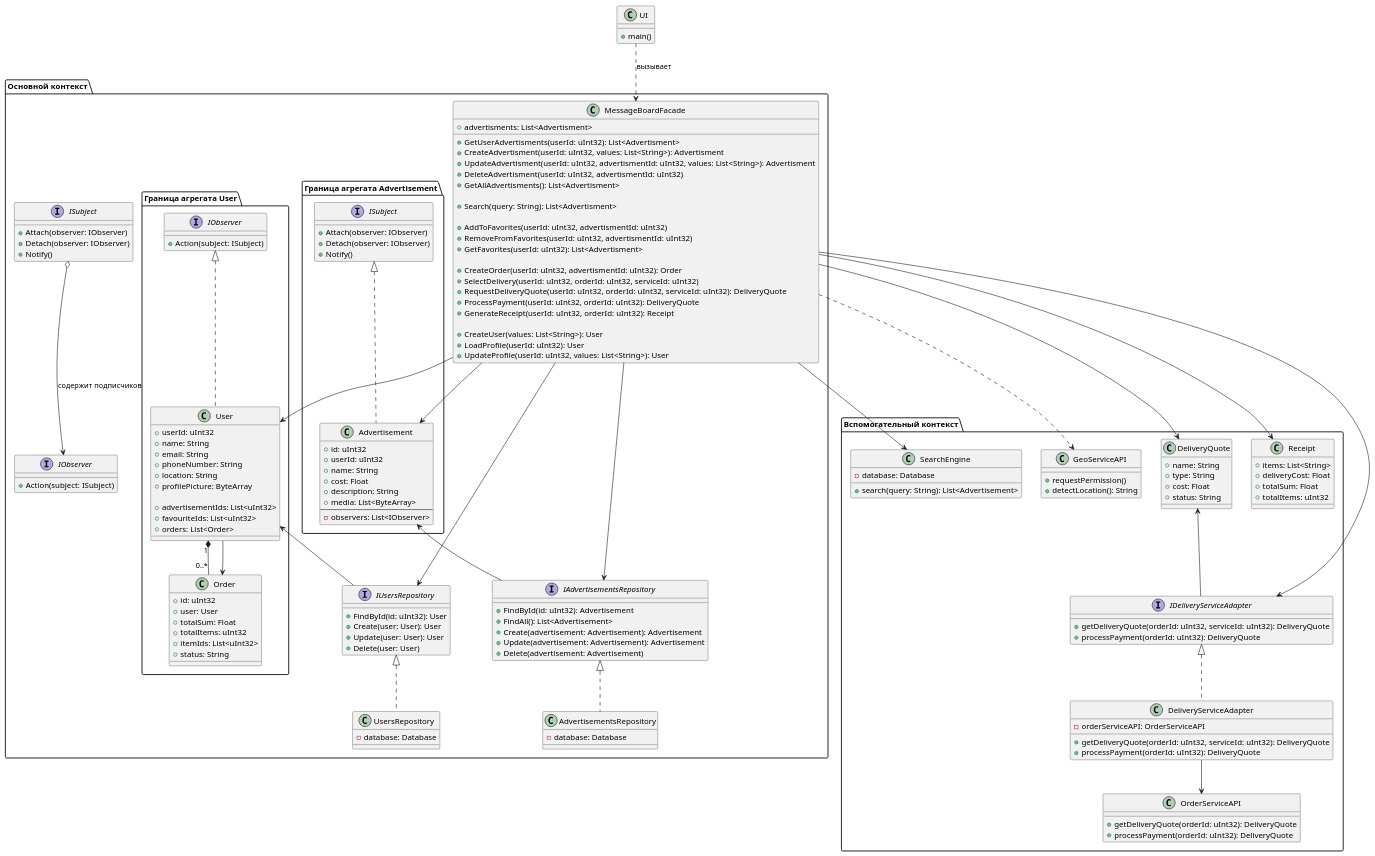
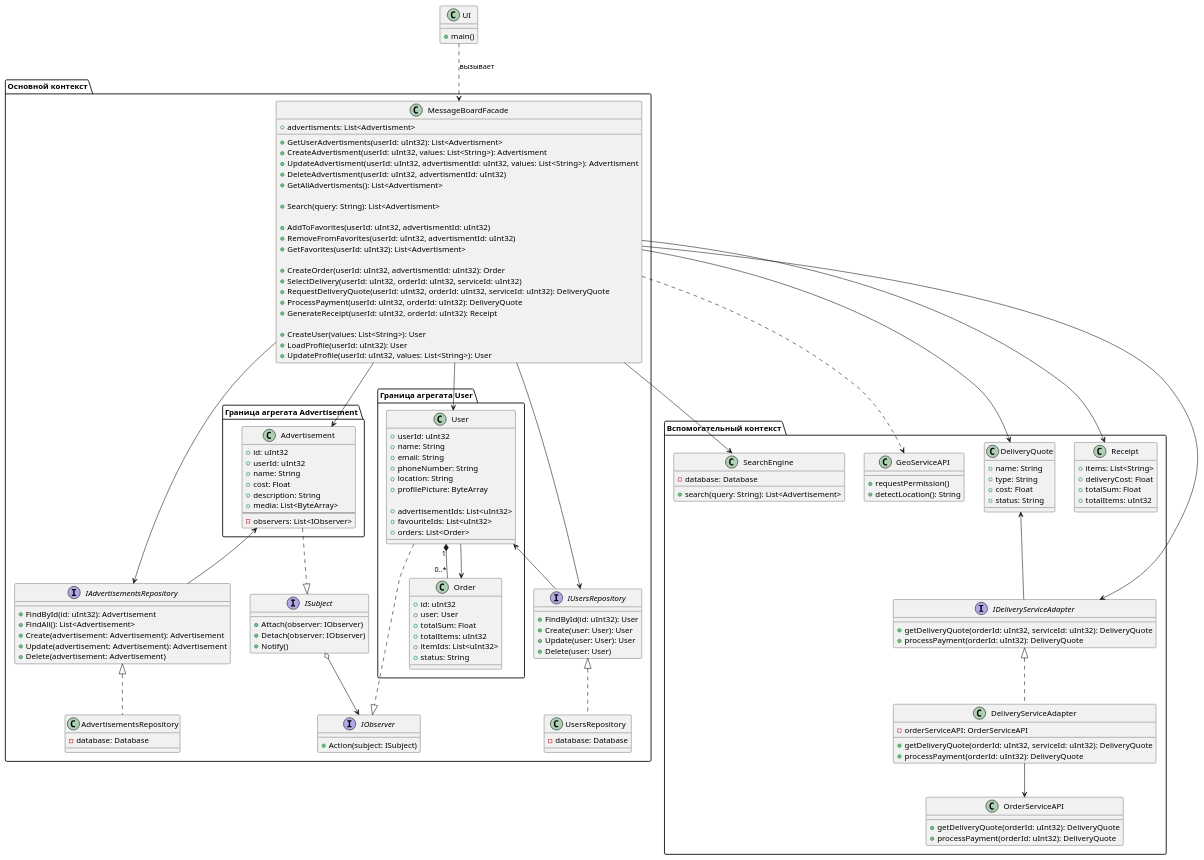
The diagram in Диаграмма предментой области (диаграмма классов).md (penamarth/bsbo-02-23_team3_var13_messboard), drawn with PlantUML before and after one commit. The commit also changed 5 other files, not shown here.

```diff
--- a/Диаграмма предментой области (диаграмма классов).md
+++ b/Диаграмма предментой области (диаграмма классов).md
@@ -16,7 +16,7 @@
   + Notify()
 }
 
-ISubject o--> IObserver : "содержит подписчиков"
+ISubject o--> IObserver
 
 class MessageBoardFacade {
   + advertisments: List<Advertisment>
@@ -70,7 +70,7 @@
 
 package "Граница агрегата Advertisement" {
 
-  class Advertisement implements ISubject {
+  class Advertisement {
     + id: uInt32
     + userId: uInt32
     + name: String
@@ -80,17 +80,10 @@
     --
     - observers: List<IObserver>
   }
-
-  interface ISubject {
-  + Attach(observer: IObserver)
-  + Detach(observer: IObserver)
-  + Notify()
-}
-
 }
 
 package "Граница агрегата User" {
-  class User implements IObserver {
+  class User {
     + userId: uInt32
     + name: String
     + email: String
@@ -112,9 +105,6 @@
     + status: String
   }
 
-  interface IObserver {
-  + Action(subject: ISubject)
-}
 }
 
   MessageBoardFacade --> IUsersRepository
@@ -122,6 +112,8 @@
   MessageBoardFacade --> User
   User <-- IUsersRepository
   Advertisement <-- IAdvertisementsRepository
+  Advertisement ..|> ISubject
+  User ..|> IObserver
 }
 
 package "Вспомогательный контекст" {
```
